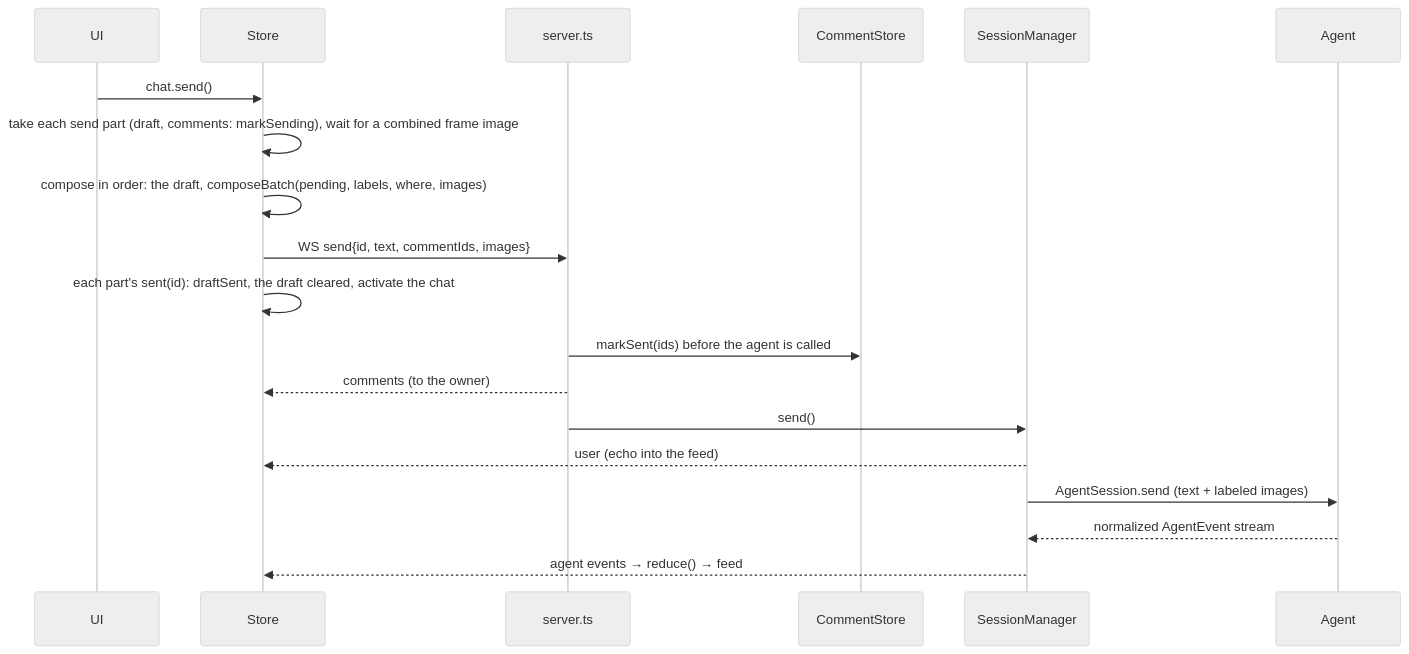
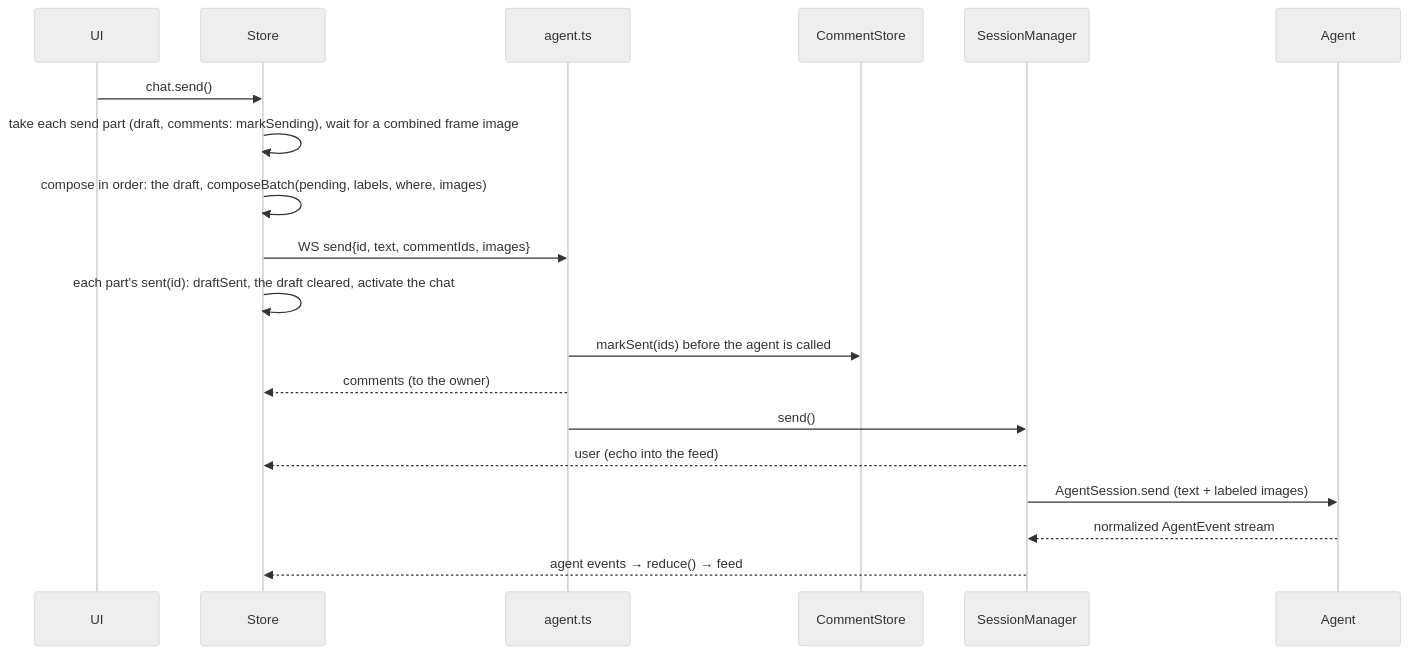
The fourth of 4 diagrams in docs/architecture.md (iCubeDm/nota-bene-ide), drawn with Mermaid (neutral theme) before and after one commit. The commit also changed other lines of this file and 3 other files, not shown here.

Commit message:
gh-693: server.ts splits into the server and agent.ts (#694)

````diff
--- a/docs/architecture.md
+++ b/docs/architecture.md
@@ -531,21 +532,21 @@
 ```mermaid
 sequenceDiagram
   participant U as UI
   participant S as Store
-  participant SV as server.ts
+  participant SV as agent.ts
   participant CS as CommentStore
   participant SM as SessionManager
   participant A as Agent
   U->>S: chat.send()
   S->>S: take each send part (draft, comments: markSending), wait for a combined frame image
   S->>S: compose in order: the draft, composeBatch(pending, labels, where, images)
   S->>SV: WS send{id, text, commentIds, images}
   S->>S: each part's sent(id): draftSent, the draft cleared, activate the chat
   SV->>CS: markSent(ids) before the agent is called
   SV-->>S: comments (to the owner)
   SV->>SM: send()
   SM-->>S: user (echo into the feed)
   SM->>A: AgentSession.send (text + labeled images)
   A-->>SM: normalized AgentEvent stream
   SM-->>S: agent events → reduce() → feed
 ```
````
